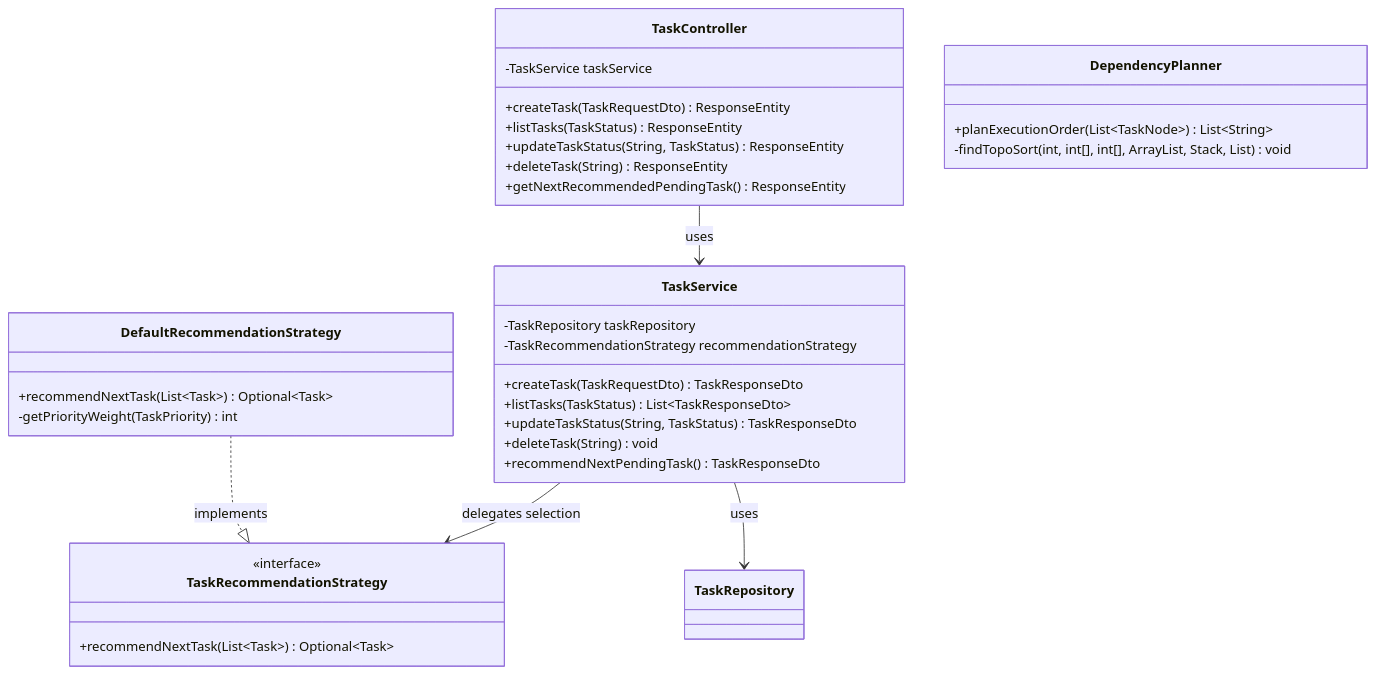
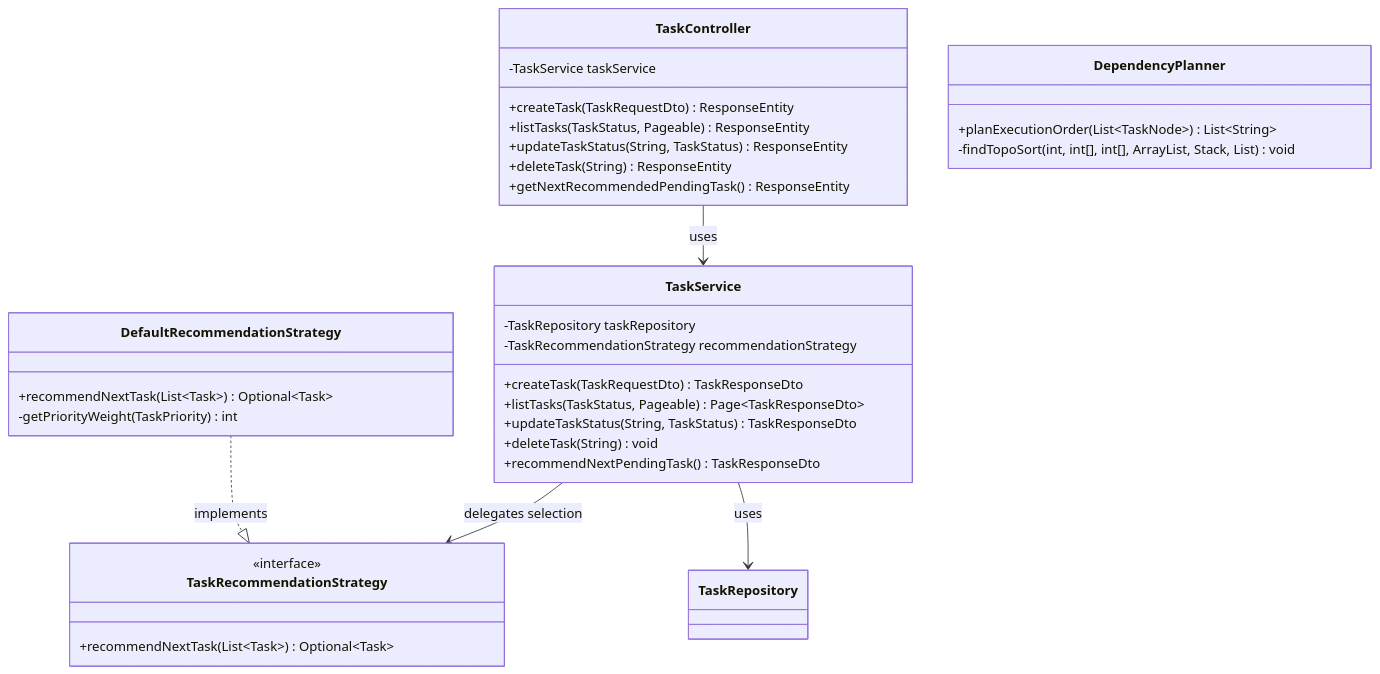
Before and after one commit to Medhansh223/overt-ideas-assessment: the third of 4 diagrams in README.md, drawn with Mermaid. The commit also changed other lines of this file, not shown here.

Commit message:
Docs: Update listTasks API spec to document page and size parameters in README.md

````diff
--- a/README.md
+++ b/README.md
@@ -54,41 +54,41 @@
 ```mermaid
 classDiagram
     class TaskController {
         -TaskService taskService
         +createTask(TaskRequestDto) ResponseEntity
-        +listTasks(TaskStatus) ResponseEntity
+        +listTasks(TaskStatus, Pageable) ResponseEntity
         +updateTaskStatus(String, TaskStatus) ResponseEntity
         +deleteTask(String) ResponseEntity
         +getNextRecommendedPendingTask() ResponseEntity
     }
 
     class TaskService {
         -TaskRepository taskRepository
         -TaskRecommendationStrategy recommendationStrategy
         +createTask(TaskRequestDto) TaskResponseDto
-        +listTasks(TaskStatus) List~TaskResponseDto~
+        +listTasks(TaskStatus, Pageable) Page~TaskResponseDto~
         +updateTaskStatus(String, TaskStatus) TaskResponseDto
         +deleteTask(String) void
         +recommendNextPendingTask() TaskResponseDto
     }
 
     class TaskRecommendationStrategy {
         <<interface>>
         +recommendNextTask(List~Task~) Optional~Task~
     }
 
     class DefaultRecommendationStrategy {
         +recommendNextTask(List~Task~) Optional~Task~
         -getPriorityWeight(TaskPriority) int
     }
 
     class DependencyPlanner {
         +planExecutionOrder(List~TaskNode~) List~String~
         -findTopoSort(int, int[], int[], ArrayList, Stack, List) void
     }
 
     TaskController --> TaskService : uses
     TaskService --> TaskRecommendationStrategy : delegates selection
     DefaultRecommendationStrategy ..|> TaskRecommendationStrategy : implements
     TaskService --> TaskRepository : uses
 ```
````
